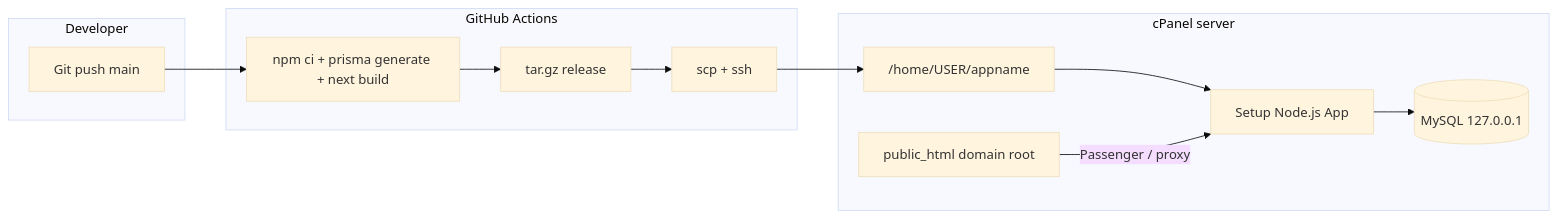
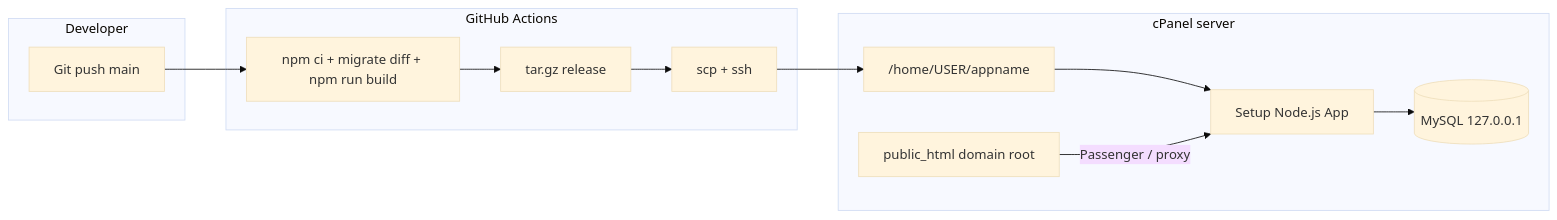
Before and after one commit to rizwan-zafar/mayonity2: the diagram in docs/deployment-cpanel-nextjs-mysql.md, drawn with Mermaid (base theme). The commit also changed other lines of this file and 6 other files, not shown here.

````diff
--- a/docs/deployment-cpanel-nextjs-mysql.md
+++ b/docs/deployment-cpanel-nextjs-mysql.md
@@ -9,21 +9,21 @@
 ```mermaid
 flowchart LR
   subgraph dev [Developer]
     Git[Git push main]
   end
   subgraph gha [GitHub Actions]
-    Build[npm ci + prisma generate + next build]
+    Build[npm ci + migrate diff + npm run build]
     Pack[tar.gz release]
     SSH[scp + ssh]
   end
   subgraph cpanel [cPanel server]
     AppRoot["/home/USER/appname"]
     NodeApp[Setup Node.js App]
     MySQL[(MySQL 127.0.0.1)]
     Public["public_html domain root"]
   end
   Git --> Build --> Pack --> SSH --> AppRoot
   AppRoot --> NodeApp
   Public -->|Passenger / proxy| NodeApp
   NodeApp --> MySQL
 ```
````
